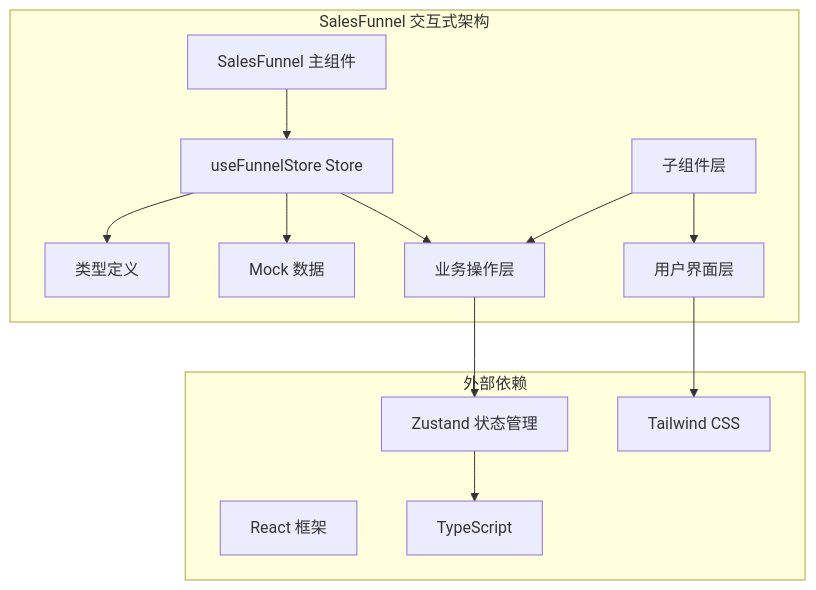
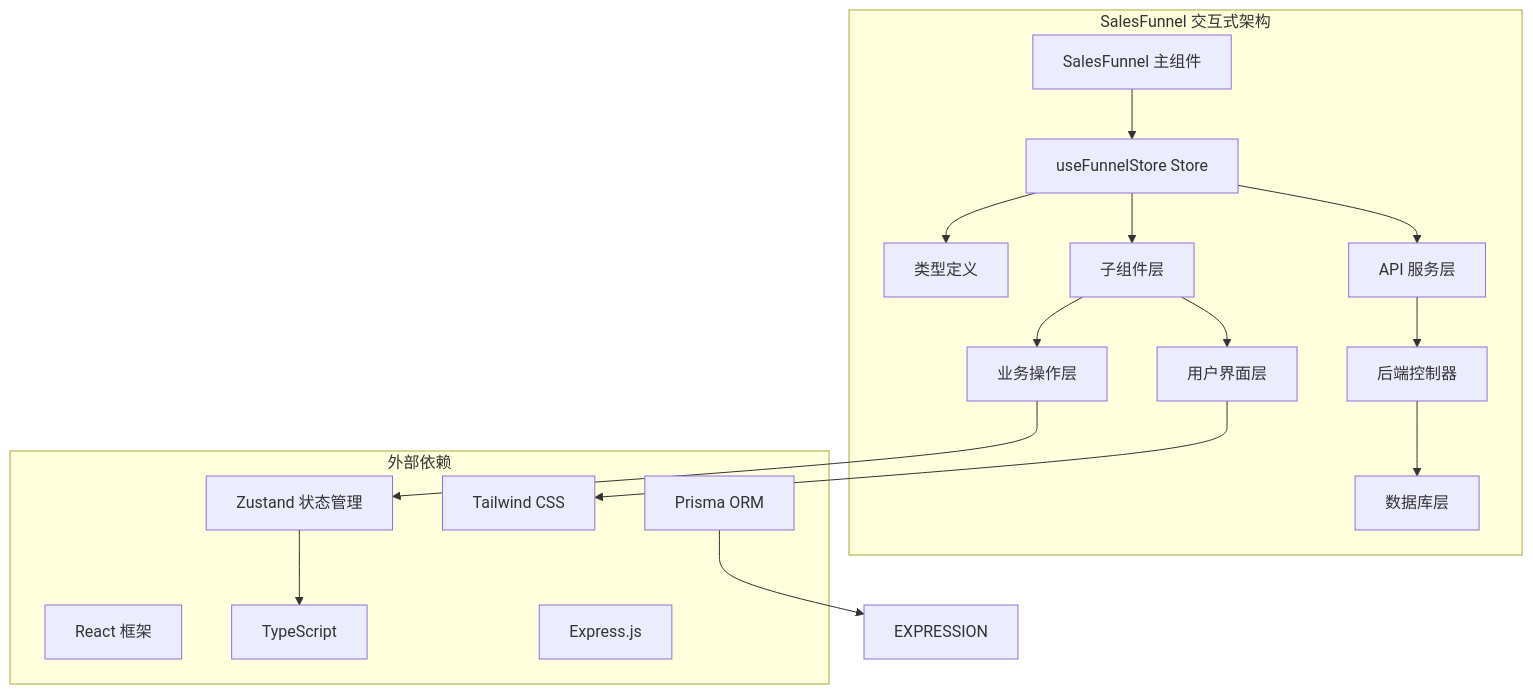
Before and after one commit to xianjianshenqu/SalesFlow-CRM: the first of 5 diagrams in .qoder/repowiki/zh/content/API参考/SalesFunnel 销售漏斗组件.md, drawn with Mermaid. The commit also changed other lines of this file and 28 other files, not shown here.

````diff
--- a/.qoder/repowiki/zh/content/API参考/SalesFunnel 销售漏斗组件.md
+++ b/.qoder/repowiki/zh/content/API参考/SalesFunnel 销售漏斗组件.md
@@ -35,27 +46,34 @@
 ```mermaid
 graph TD
 subgraph "SalesFunnel 交互式架构"
 SALESFUNNEL[SalesFunnel 主组件]
 STORE[useFunnelStore Store]
 TYPES[类型定义]
-DATA[Mock 数据]
+API[API 服务层]
+BACKEND[后端控制器]
+DATABASE[数据库层]
 UI[用户界面层]
 COMPONENTS[子组件层]
 ACTIONS[业务操作层]
 end
 subgraph "外部依赖"
 ZUSTAND[Zustand 状态管理]
 REACT[React 框架]
 TAILWIND[Tailwind CSS]
 TYPESCRIPT[TypeScript]
+PRISMA[Prisma ORM]
+EXPRESS[Express.js]
 end
 SALESFUNNEL --> STORE
+STORE --> API
+API --> BACKEND
+BACKEND --> DATABASE
 STORE --> TYPES
-STORE --> DATA
-STORE --> ACTIONS
+STORE --> COMPONENTS
 COMPONENTS --> UI
 COMPONENTS --> ACTIONS
 UI --> TAILWIND
 ACTIONS --> ZUSTAND
 ZUSTAND --> TYPESCRIPT
+PRISMA --> EXPRESSION
 ```
````
